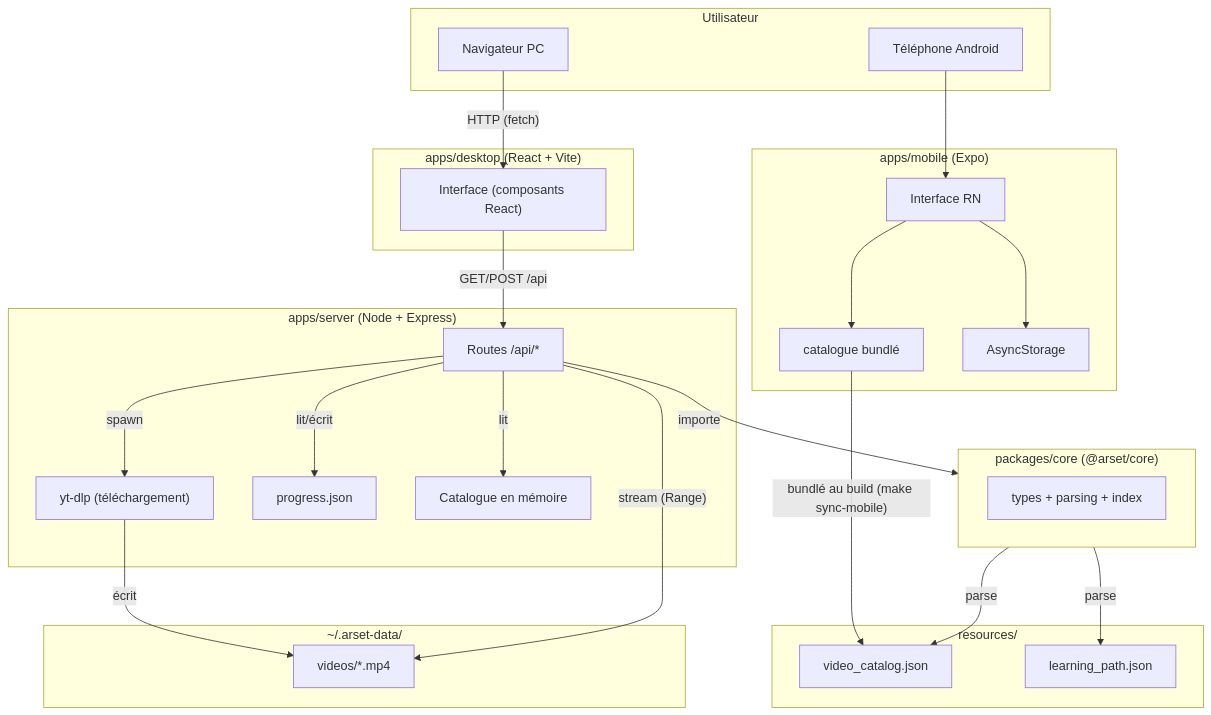
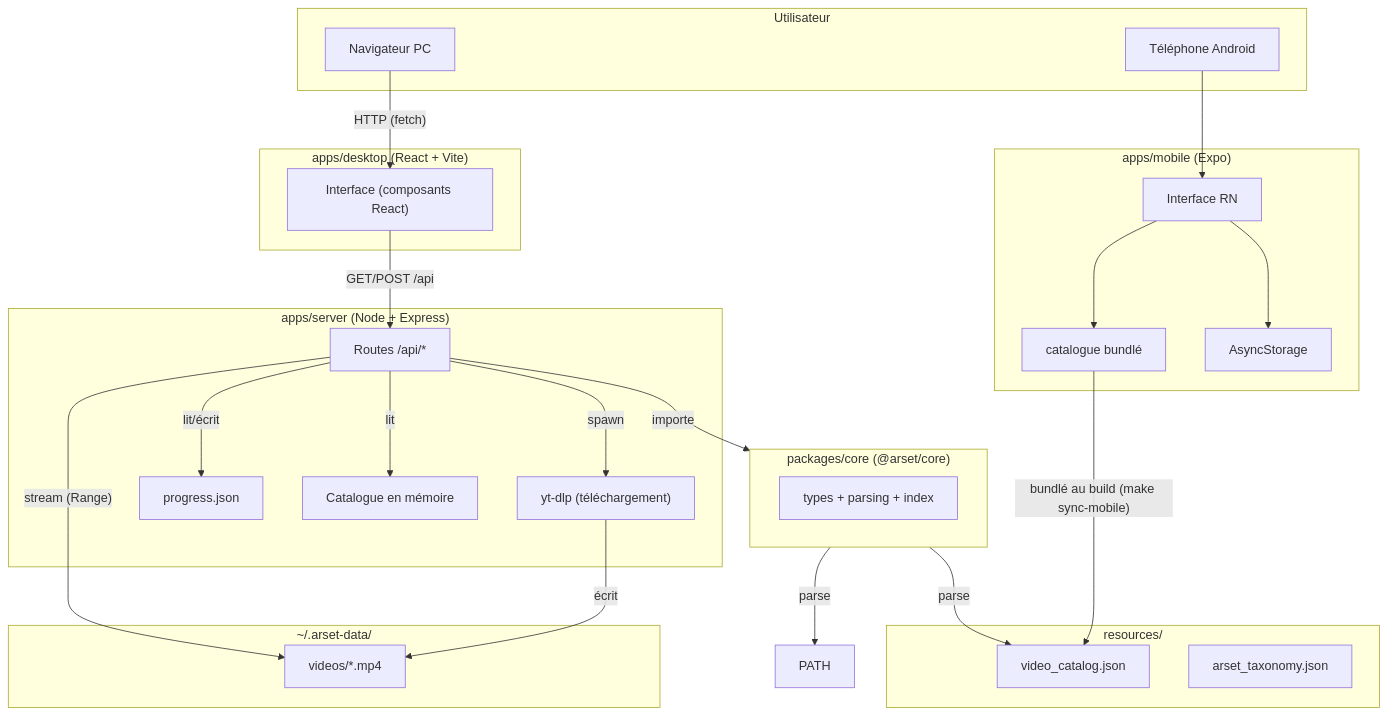
One commit to arnaudsomville/Arset_program changed the diagram in docs/01-architecture.md. Above: the diagram before and after it, drawn with Mermaid. The commit also changed other lines of this file and 237 other files, not shown here.

First line of the commit message:
Reorganize catalog by ARSET guide taxonomy

````diff
--- a/docs/01-architecture.md
+++ b/docs/01-architecture.md
@@ -53,53 +52,53 @@
 ```mermaid
 flowchart TB
     subgraph User["Utilisateur"]
         PC["Navigateur PC"]
         PHONE["Téléphone Android"]
     end
 
     subgraph Desktop["apps/desktop (React + Vite)"]
         UI["Interface (composants React)"]
     end
 
     subgraph Server["apps/server (Node + Express)"]
         API["Routes /api/*"]
         YT["yt-dlp (téléchargement)"]
         STORE["progress.json"]
         CAT["Catalogue en mémoire"]
     end
 
     subgraph Core["packages/core (@arset/core)"]
         TYPES["types + parsing + index"]
     end
 
     subgraph Resources["resources/"]
         CATALOG["video_catalog.json"]
-        PATH["learning_path.json"]
+        TAXO["arset_taxonomy.json"]
     end
 
     subgraph Mobile["apps/mobile (Expo)"]
         MUI["Interface RN"]
         MBUNDLE["catalogue bundlé"]
         ASYNC["AsyncStorage"]
     end
 
     subgraph Data["~/.arset-data/"]
         VIDEOS["videos/*.mp4"]
     end
 
     PC -->|"HTTP (fetch)"| UI
     UI -->|"GET/POST /api"| API
     API -->|"lit"| CAT
     API -->|"importe"| Core
     Core -->|"parse"| CATALOG
     Core -->|"parse"| PATH
     API -->|"spawn"| YT
     YT -->|"écrit"| VIDEOS
     API -->|"lit/écrit"| STORE
     API -->|"stream (Range)"| VIDEOS
 
     MBUNDLE -->|"bundlé au build (make sync-mobile)"| CATALOG
     PHONE --> MUI
     MUI --> MBUNDLE
     MUI --> ASYNC
 ```
````
